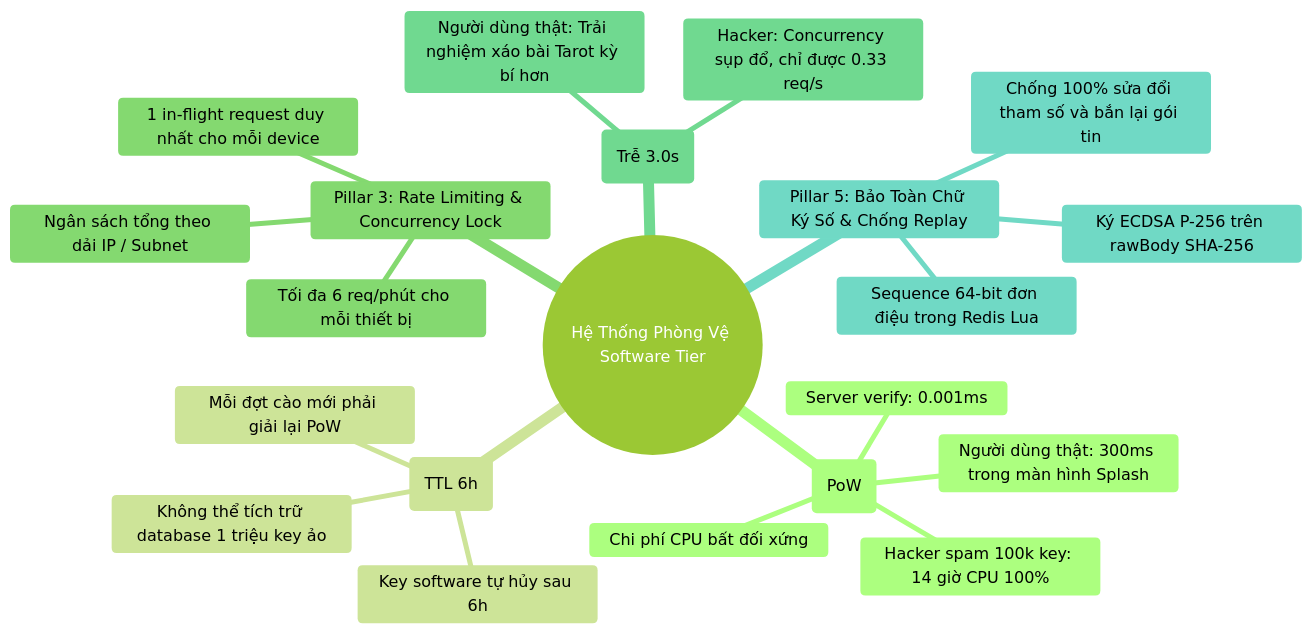
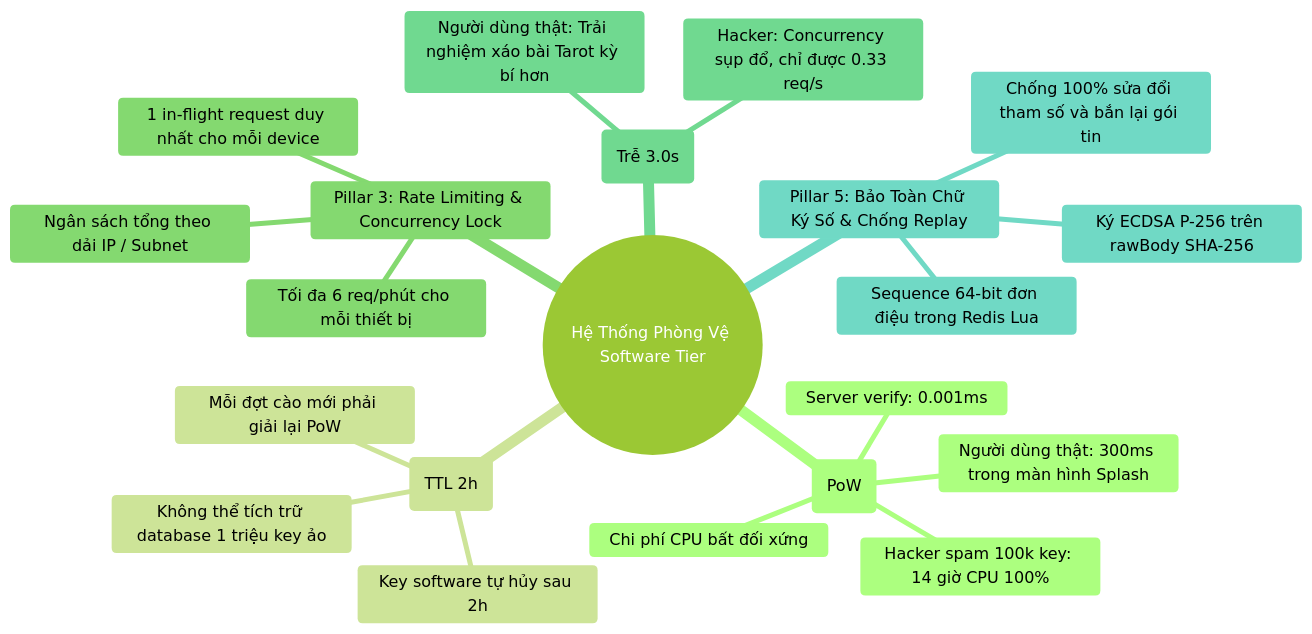
The second of 2 diagrams in docs/ANDROID_COMPATIBILITY_PLAN.md (hungvvinfinity/Node-Secure-API), drawn with Mermaid (forest theme) before and after one commit. The commit also changed other lines of this file and 16 other files, not shown here.

First line of the commit message:
feat(backend): implement dual-tier android compatibility architecture

````diff
--- a/docs/ANDROID_COMPATIBILITY_PLAN.md
+++ b/docs/ANDROID_COMPATIBILITY_PLAN.md
@@ -71,24 +71,24 @@
 ```mermaid
 mindmap
   root((Hệ Thống Phòng Vệ Software Tier))
     Pillar 1: Dynamic Proof of Work (PoW)
       Chi phí CPU bất đối xứng
       Người dùng thật: 300ms trong màn hình Splash
       Hacker spam 100k key: 14 giờ CPU 100%
       Server verify: 0.001ms
-    Pillar 2: Rolling Device Lease (TTL 6h)
-      Key software tự hủy sau 6h
+    Pillar 2: Rolling Device Lease (TTL 2h)
+      Key software tự hủy sau 2h
       Không thể tích trữ database 1 triệu key ảo
       Mỗi đợt cào mới phải giải lại PoW
     Pillar 3: Rate Limiting & Concurrency Lock
       1 in-flight request duy nhất cho mỗi device
       Tối đa 6 req/phút cho mỗi thiết bị
       Ngân sách tổng theo dải IP / Subnet
     Pillar 4: Intentional Tarpit Latency (Trễ 3.0s)
       Người dùng thật: Trải nghiệm xáo bài Tarot kỳ bí hơn
       Hacker: Concurrency sụp đổ, chỉ được 0.33 req/s
     Pillar 5: Bảo Toàn Chữ Ký Số & Chống Replay
       Ký ECDSA P-256 trên rawBody SHA-256
       Sequence 64-bit đơn điệu trong Redis Lua
       Chống 100% sửa đổi tham số và bắn lại gói tin
 ```
````
